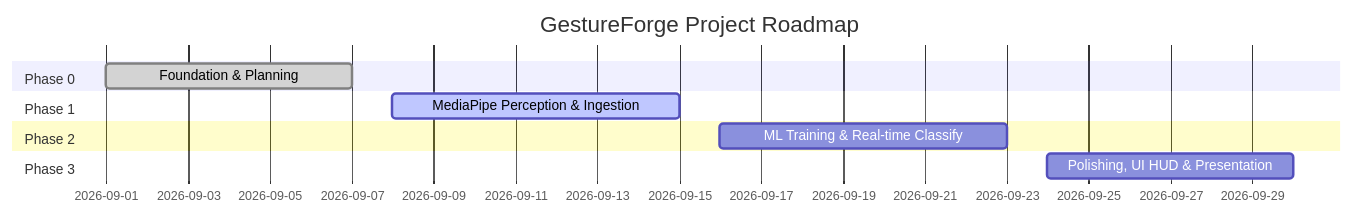
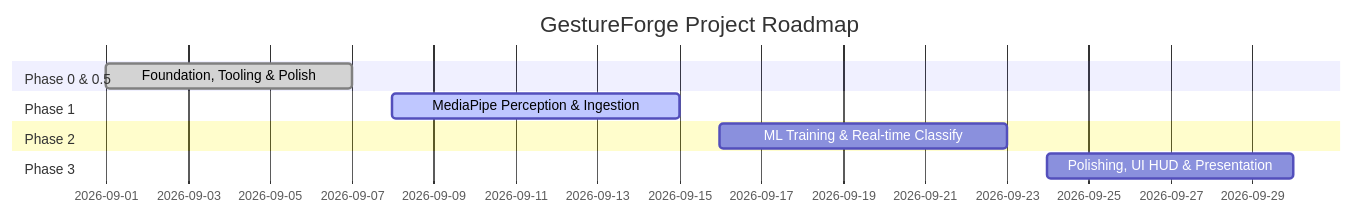
The diagram in docs/roadmap.md (mrfrosty7007/GestureForge), drawn with Mermaid before and after one commit. The commit also changed other lines of this file and 21 other files, not shown here.

Commit message:
feat: complete Phase 0.5 production-grade polish

````diff
--- a/docs/roadmap.md
+++ b/docs/roadmap.md
@@ -9,13 +14,13 @@
 ```mermaid
 gantt
     title GestureForge Project Roadmap
     dateFormat  YYYY-MM-DD
-    section Phase 0
-    Foundation & Planning           :done, p0, 2026-09-01, 2026-09-07
+    section Phase 0 & 0.5
+    Foundation, Tooling & Polish    :done, p0, 2026-09-01, 2026-09-07
     section Phase 1
     MediaPipe Perception & Ingestion:active, p1, 2026-09-08, 2026-09-15
     section Phase 2
     ML Training & Real-time Classify: p2, 2026-09-16, 2026-09-23
     section Phase 3
     Polishing, UI HUD & Presentation: p3, 2026-09-24, 2026-09-30
 ```
````
